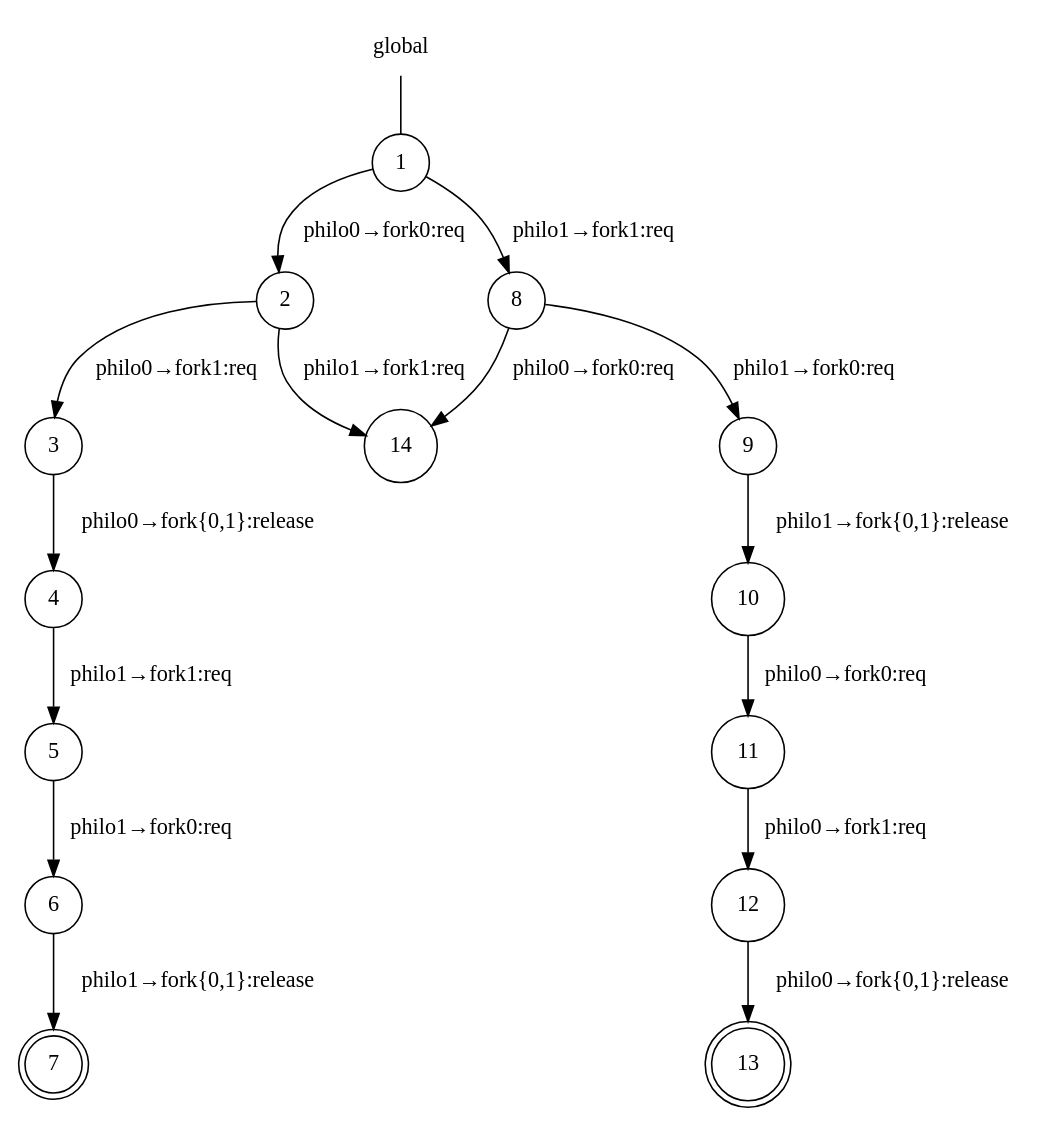
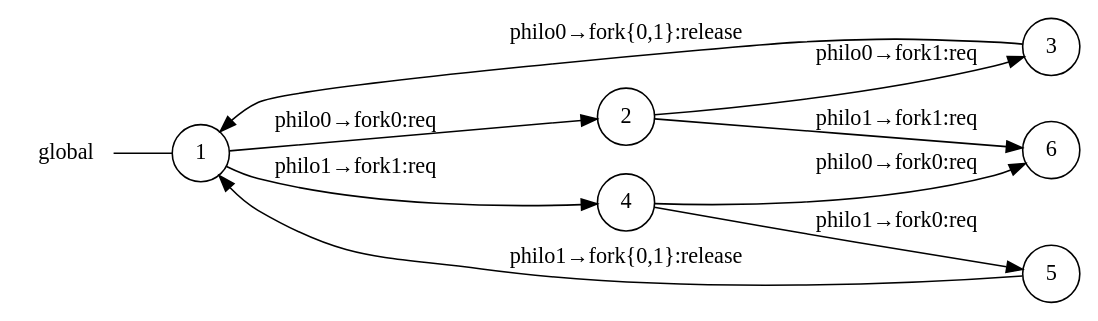
One commit to gabrielegenovese/chorer changed the diagram in examples/paper_example/deadlock/compact_gv.dot. Above: the diagram before and after it, drawn with Graphviz.

Commit message:
update compact gv

```diff
--- a/examples/paper_example/deadlock/compact_gv.dot
+++ b/examples/paper_example/deadlock/compact_gv.dot
@@ -1,35 +1,22 @@
 digraph global {
+	rankdir="LR";
 	n_0 [label="global", shape="plaintext"];
 	n_1 [id="1", shape=circle, label="1"];
 	n_0 -> n_1 [arrowhead=none];
 	n_2 [shape=circle, label="2"]
 	n_3 [shape=circle, label="3"]
 	n_4 [shape=circle, label="4"]
 	n_5 [shape=circle, label="5"]
 	n_6 [shape=circle, label="6"]
-	n_7 [shape=doublecircle, label="7"]
-	n_8 [shape=circle, label="8"]
-	n_9 [shape=circle, label="9"]
-	n_10 [shape=circle, label="10"]
-	n_11 [shape=circle, label="11"]
-	n_12 [shape=circle, label="12"]
-	n_13 [shape=doublecircle, label="13"]
-	n_14 [shape=circle, label="14"]
 	
 	n_1 -> n_2 [label="philo0→fork0:req"];
 	n_2 -> n_3 [label="philo0→fork1:req"];
-	n_3 -> n_4 [label="philo0→fork{0,1}:release"];
-	n_4 -> n_5 [label="philo1→fork1:req"];
-	n_5 -> n_6 [label="philo1→fork0:req"];
-	n_6 -> n_7 [label="philo1→fork{0,1}:release"];
+	n_3 -> n_1 [label="philo0→fork{0,1}:release"];
 	
-	n_1 -> n_8 [label="philo1→fork1:req"];
-	n_8 -> n_9 [label="philo1→fork0:req"];
-	n_9 -> n_10 [label="philo1→fork{0,1}:release"];
-	n_10 -> n_11 [label="philo0→fork0:req"];
-	n_11 -> n_12 [label="philo0→fork1:req"];
-	n_12 -> n_13 [label="philo0→fork{0,1}:release"];
+	n_1 -> n_4 [label="philo1→fork1:req"];
+	n_4 -> n_5 [label="philo1→fork0:req"];
+	n_5 -> n_1 [label="philo1→fork{0,1}:release"];
 	
-	n_2 -> n_14 [label="philo1→fork1:req"];
-	n_8 -> n_14 [label="philo0→fork0:req"];
+	n_2 -> n_6 [label="philo1→fork1:req"];
+	n_4 -> n_6 [label="philo0→fork0:req"];
 }
```
